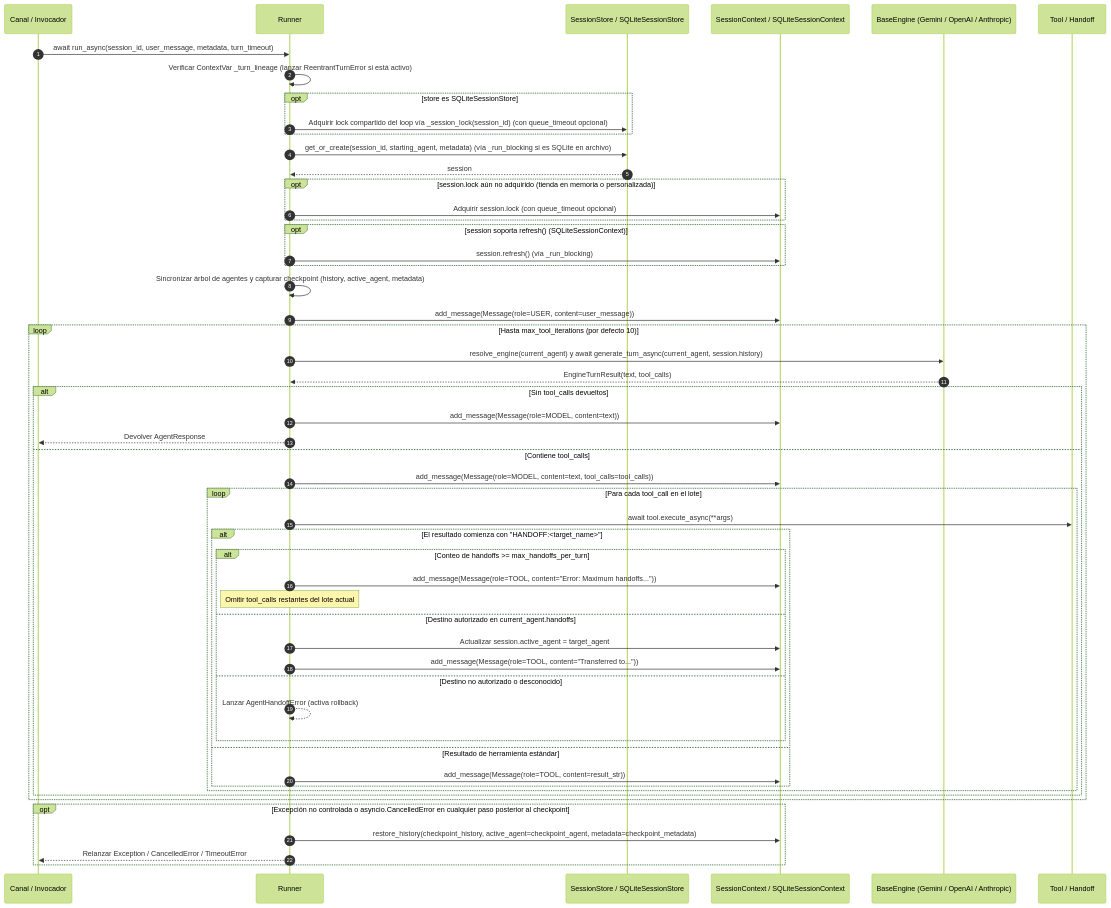
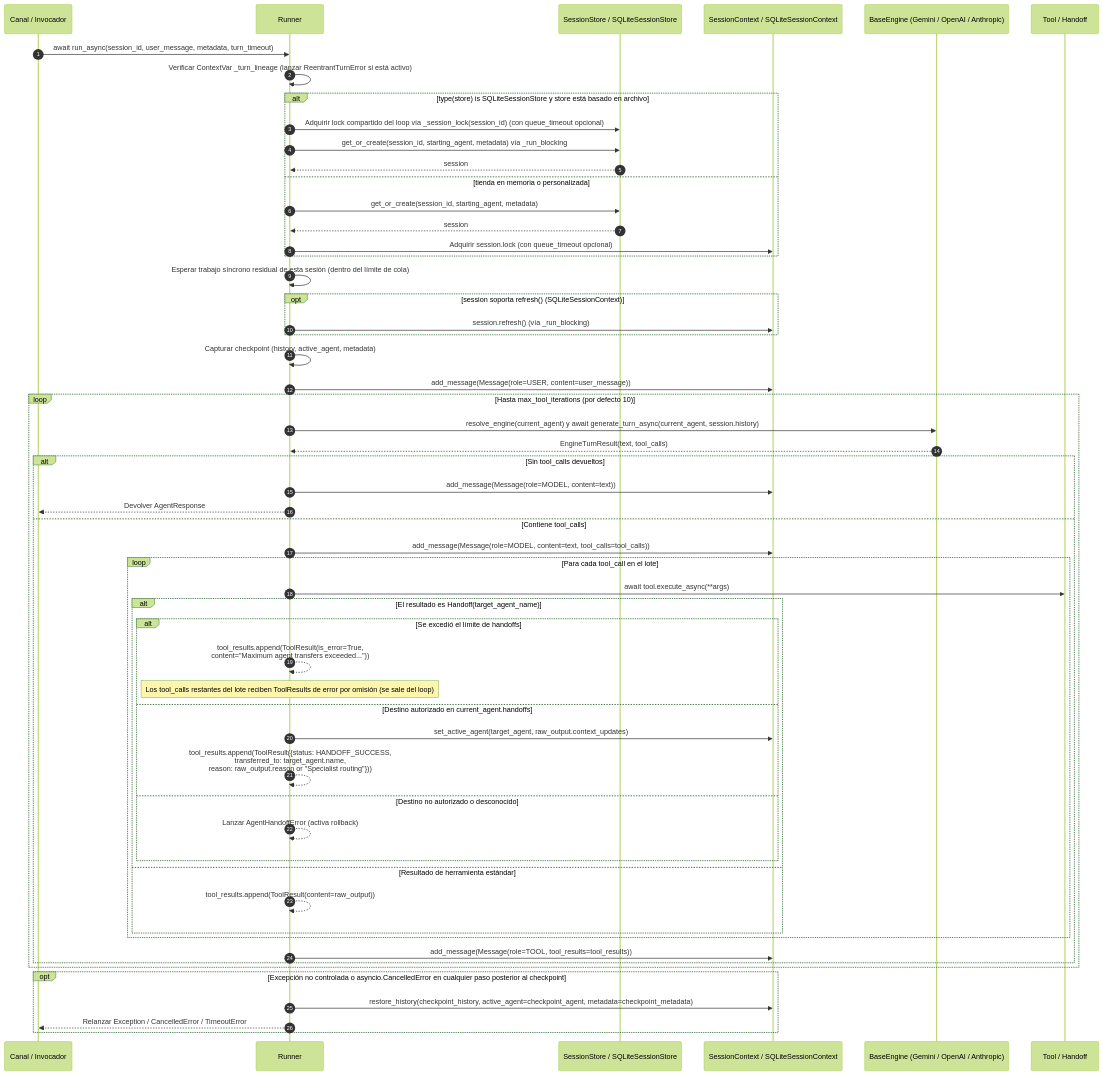
The second of 2 diagrams in docs/es/ARCHITECTURE.md (GustavoBaranda/chatflow-agent), drawn with Mermaid (forest theme) before and after one commit. The commit also changed other lines of this file and 1 other file, not shown here.

Commit message:
docs(architecture): align bilingual documentation with implementation

````diff
--- a/docs/es/ARCHITECTURE.md
+++ b/docs/es/ARCHITECTURE.md
@@ -83,64 +81,66 @@
 ```mermaid
 sequenceDiagram
     autonumber
     participant Caller as Canal / Invocador
     participant Runner as Runner
     participant Store as SessionStore / SQLiteSessionStore
     participant Session as SessionContext / SQLiteSessionContext
     participant Engine as BaseEngine (Gemini / OpenAI / Anthropic)
     participant Tool as Tool / Handoff
 
     Caller->>Runner: await run_async(session_id, user_message, metadata, turn_timeout)
     Runner->>Runner: Verificar ContextVar _turn_lineage (lanzar ReentrantTurnError si está activo)
 
-    opt store es SQLiteSessionStore
+    alt type(store) is SQLiteSessionStore y store está basado en archivo
         Runner->>Store: Adquirir lock compartido del loop vía _session_lock(session_id) (con queue_timeout opcional)
+        Runner->>Store: get_or_create(session_id, starting_agent, metadata) vía _run_blocking
+        Store-->>Runner: session
+    else tienda en memoria o personalizada
+        Runner->>Store: get_or_create(session_id, starting_agent, metadata)
+        Store-->>Runner: session
+        Runner->>Session: Adquirir session.lock (con queue_timeout opcional)
     end
 
-    Runner->>Store: get_or_create(session_id, starting_agent, metadata) (vía _run_blocking si es SQLite en archivo)
-    Store-->>Runner: session
-
-    opt session.lock aún no adquirido (tienda en memoria o personalizada)
-        Runner->>Session: Adquirir session.lock (con queue_timeout opcional)
-    end
+    Runner->>Runner: Esperar trabajo síncrono residual de esta sesión (dentro del límite de cola)
 
     opt session soporta refresh() (SQLiteSessionContext)
         Runner->>Session: session.refresh() (vía _run_blocking)
     end
 
-    Runner->>Runner: Sincronizar árbol de agentes y capturar checkpoint (history, active_agent, metadata)
+    Runner->>Runner: Capturar checkpoint (history, active_agent, metadata)
     Runner->>Session: add_message(Message(role=USER, content=user_message))
 
     loop Hasta max_tool_iterations (por defecto 10)
         Runner->>Engine: resolve_engine(current_agent) y await generate_turn_async(current_agent, session.history)
         Engine-->>Runner: EngineTurnResult(text, tool_calls)
 
         alt Sin tool_calls devueltos
             Runner->>Session: add_message(Message(role=MODEL, content=text))
             Runner-->>Caller: Devolver AgentResponse
         else Contiene tool_calls
             Runner->>Session: add_message(Message(role=MODEL, content=text, tool_calls=tool_calls))
             loop Para cada tool_call en el lote
                 Runner->>Tool: await tool.execute_async(**args)
-                alt El resultado comienza con "HANDOFF:<target_name>"
-                    alt Conteo de handoffs >= max_handoffs_per_turn
-                        Runner->>Session: add_message(Message(role=TOOL, content="Error: Maximum handoffs..."))
-                        Note over Runner: Omitir tool_calls restantes del lote actual
+                alt El resultado es Handoff(target_agent_name)
+                    alt Se excedió el límite de handoffs
+                        Runner-->>Runner: tool_results.append(ToolResult(is_error=True,<br/>content="Maximum agent transfers exceeded..."))
+                        Note over Runner: Los tool_calls restantes del lote reciben ToolResults de error por omisión (se sale del loop)
                     else Destino autorizado en current_agent.handoffs
-                        Runner->>Session: Actualizar session.active_agent = target_agent
-                        Runner->>Session: add_message(Message(role=TOOL, content="Transferred to..."))
+                        Runner->>Session: set_active_agent(target_agent, raw_output.context_updates)
+                        Runner-->>Runner: tool_results.append(ToolResult({status: HANDOFF_SUCCESS,<br/>transferred_to: target_agent.name,<br/>reason: raw_output.reason or "Specialist routing"}))
                     else Destino no autorizado o desconocido
                         Runner-->>Runner: Lanzar AgentHandoffError (activa rollback)
                     end
                 else Resultado de herramienta estándar
-                    Runner->>Session: add_message(Message(role=TOOL, content=result_str))
+                    Runner-->>Runner: tool_results.append(ToolResult(content=raw_output))
                 end
             end
+            Runner->>Session: add_message(Message(role=TOOL, tool_results=tool_results))
         end
     end
 
     opt Excepción no controlada o asyncio.CancelledError en cualquier paso posterior al checkpoint
         Runner->>Session: restore_history(checkpoint_history, active_agent=checkpoint_agent, metadata=checkpoint_metadata)
         Runner-->>Caller: Relanzar Exception / CancelledError / TimeoutError
     end
 ```
````
